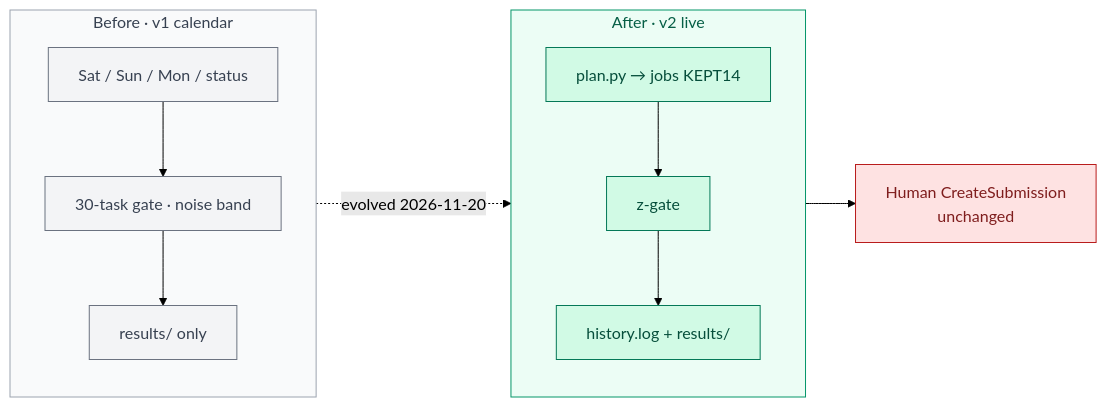
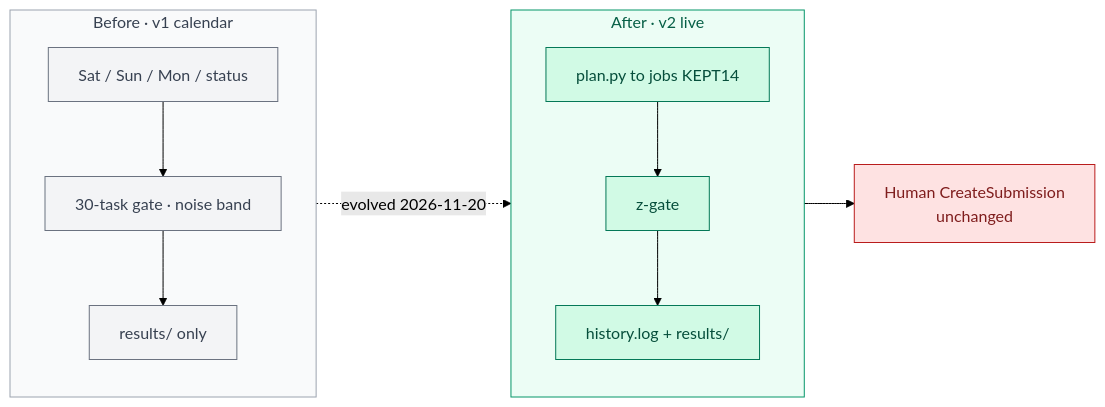
Before and after one commit to khaosans/noisegate-gemma4-factory: the diagram in docs/wiki/Claude-Cowork-Loop.md, drawn with Mermaid (forest theme). The commit also changed 5 other files, not shown here.

First line of the commit message:
docs: fix Mermaid parse error and refresh Future-Work (#19)

````diff
--- a/docs/wiki/Claude-Cowork-Loop.md
+++ b/docs/wiki/Claude-Cowork-Loop.md
@@ -48,24 +48,24 @@
 ```mermaid
 flowchart LR
   subgraph Before["Before · v1 calendar"]
-    B1[Sat / Sun / Mon / status] --> B2[30-task gate · noise band]
-    B2 --> B3[results/ only]
+    B1["Sat / Sun / Mon / status"] --> B2["30-task gate · noise band"]
+    B2 --> B3["results/ only"]
   end
 
   subgraph After["After · v2 live"]
-    A1[plan.py → jobs KEPT14] --> A2[z-gate]
-    A2 --> A3[history.log + results/]
+    A1["plan.py to jobs KEPT14"] --> A2["z-gate"]
+    A2 --> A3["history.log + results/"]
   end
 
   Before -.->|evolved 2026-11-20| After
-  After --> Hitl[Human CreateSubmission<br/>unchanged]
+  After --> Hitl["Human CreateSubmission<br/>unchanged"]
 
   classDef retired fill:#F3F4F6,stroke:#6B7280,color:#374151
   classDef live fill:#D1FAE5,stroke:#047857,color:#064E3B
   classDef hitl fill:#FEE2E2,stroke:#B91C1C,color:#7F1D1D
   class B1,B2,B3 retired
   class A1,A2,A3 live
   class Hitl hitl
   style Before fill:#F9FAFB,stroke:#9CA3AF,color:#374151
   style After fill:#ECFDF5,stroke:#059669,color:#065F46
 ```
````
